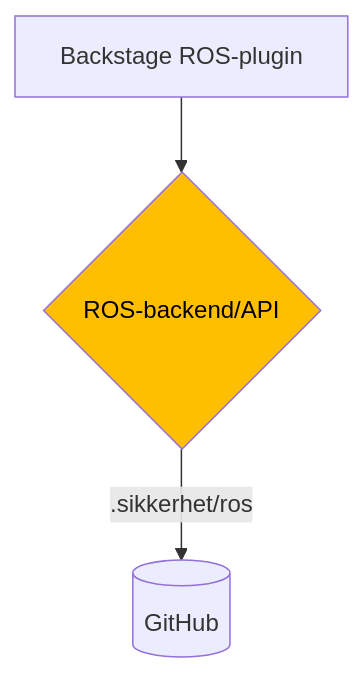
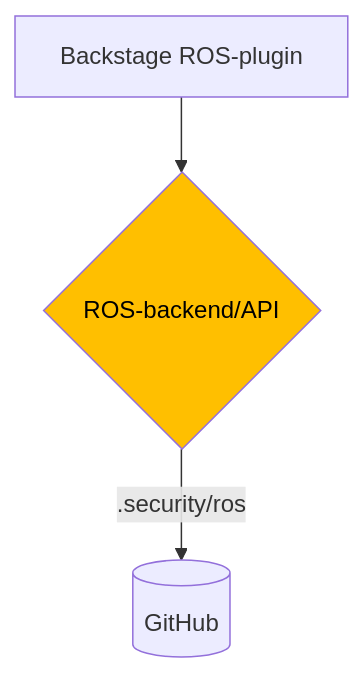
One commit to kartverket/backstage-plugin-risk-scorecard-backend changed the first of 2 diagrams in README.md. Above: the diagram before and after it, drawn with Mermaid.

````diff
--- a/README.md
+++ b/README.md
@@ -4,5 +4,5 @@
 ```mermaid
 flowchart TD
-     A[Backstage ROS-plugin] --> B{ROS-backend/API} -->|.sikkerhet/ros| C[(GitHub)]
+     A[Backstage ROS-plugin] --> B{ROS-backend/API} -->|.security/ros| C[(GitHub)]
      style B fill:#FFBF00,color:black
 ```
````
